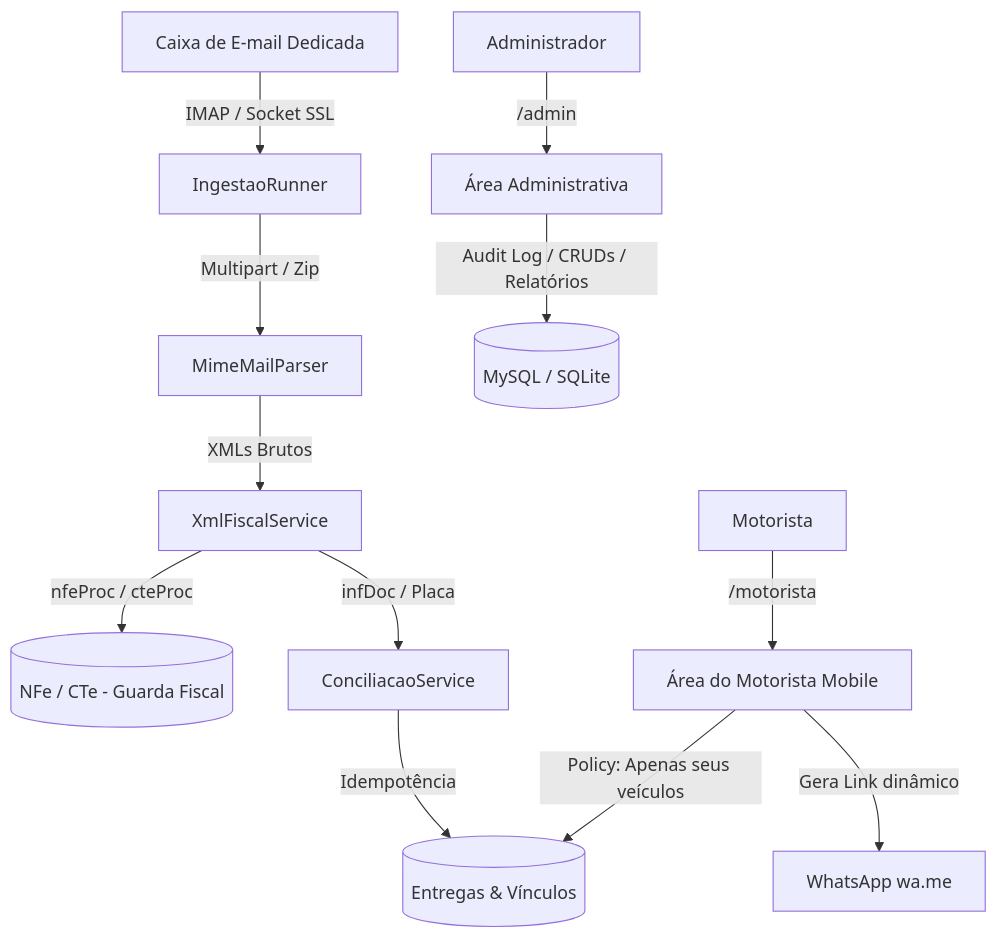
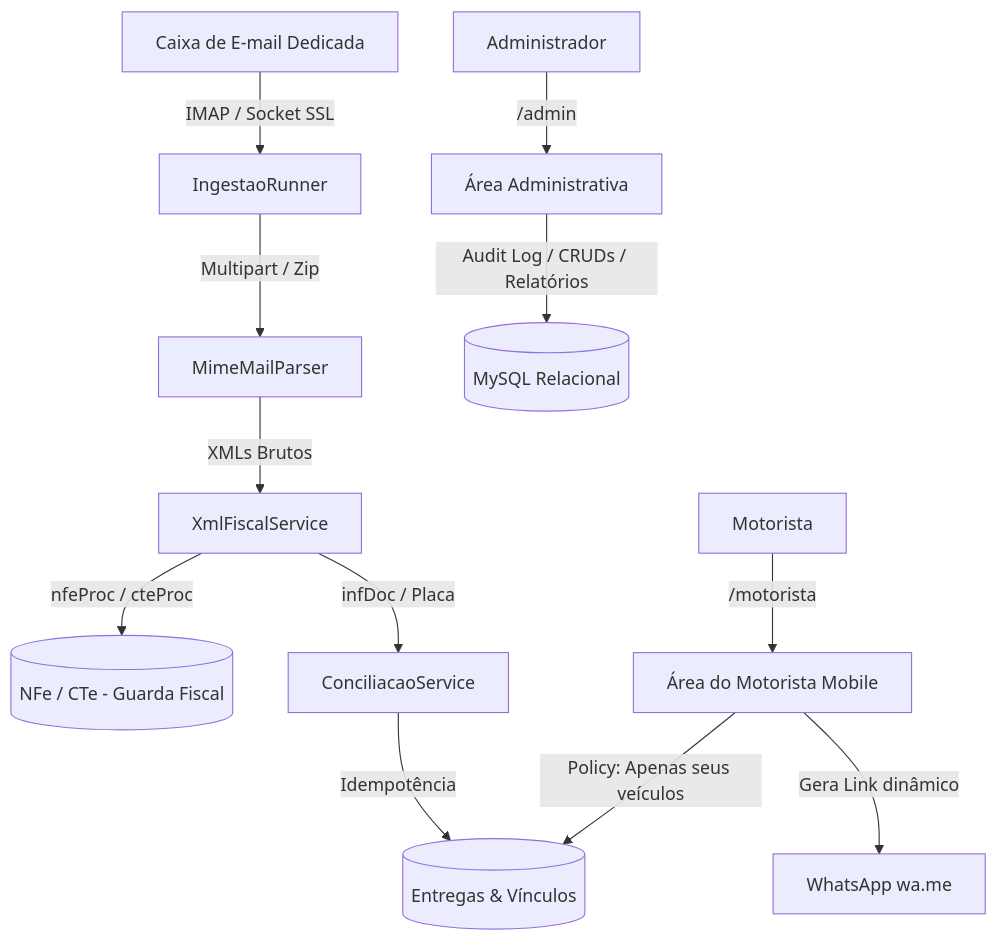
Before and after one commit to luizpbisselli/levitico: the first of 2 diagrams in README.md, drawn with Mermaid. The commit also changed other lines of this file and 7 other files, not shown here.

````diff
--- a/README.md
+++ b/README.md
@@ -24,16 +24,16 @@
 ```mermaid
 graph TD
     Email[Caixa de E-mail Dedicada] -->|IMAP / Socket SSL| Ingestao[IngestaoRunner]
     Ingestao -->|Multipart / Zip| Parser[MimeMailParser]
     Parser -->|XMLs Brutos| XmlService[XmlFiscalService]
     XmlService -->|nfeProc / cteProc| DB_Doc[(NFe / CTe - Guarda Fiscal)]
     XmlService -->|infDoc / Placa| Conciliacao[ConciliacaoService]
     Conciliacao -->|Idempotência| Entregas[(Entregas & Vínculos)]
     
     AdminUser[Administrador] -->|/admin| AdminArea[Área Administrativa]
-    AdminArea -->|Audit Log / CRUDs / Relatórios| DB[(MySQL / SQLite)]
+    AdminArea -->|Audit Log / CRUDs / Relatórios| DB[(MySQL Relacional)]
     
     DriverUser[Motorista] -->|/motorista| MobileArea[Área do Motorista Mobile]
     MobileArea -->|Policy: Apenas seus veículos| Entregas
     MobileArea -->|Gera Link dinâmico| WhatsApp[WhatsApp wa.me]
 ```
````
